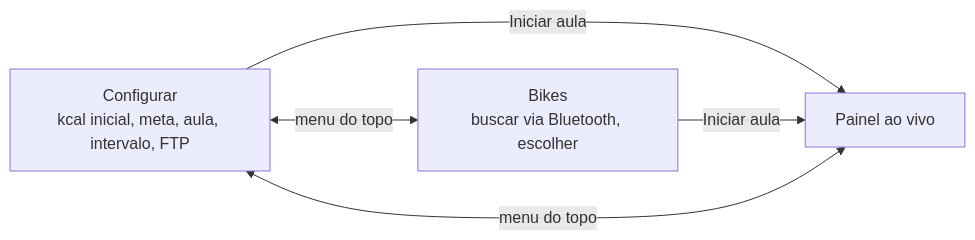
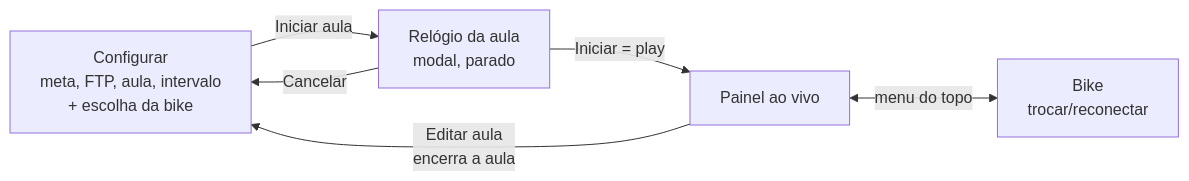
The diagram in docs/wiki/01-visao-geral.md (altair-sossai/calorie-burn), drawn with Mermaid before and after one commit. The commit also changed other lines of this file and 47 other files, not shown here.

````diff
--- a/docs/wiki/01-visao-geral.md
+++ b/docs/wiki/01-visao-geral.md
@@ -11,7 +11,8 @@
 ```mermaid
 flowchart LR
-  S[Configurar<br/>kcal inicial, meta, aula, intervalo, FTP] -->|Iniciar aula| L[Painel ao vivo]
-  B[Bikes<br/>buscar via Bluetooth, escolher] -->|Iniciar aula| L
-  S <-->|menu do topo| B
-  L <-->|menu do topo| S
+  S[Configurar<br/>meta, FTP, aula, intervalo<br/>+ escolha da bike] -->|Iniciar aula| C[Relógio da aula<br/>modal, parado]
+  C -->|Cancelar| S
+  C -->|Iniciar = play| L[Painel ao vivo]
+  L <-->|menu do topo| B[Bike<br/>trocar/reconectar]
+  L -->|Editar aula<br/>encerra a aula| S
 ```
````
